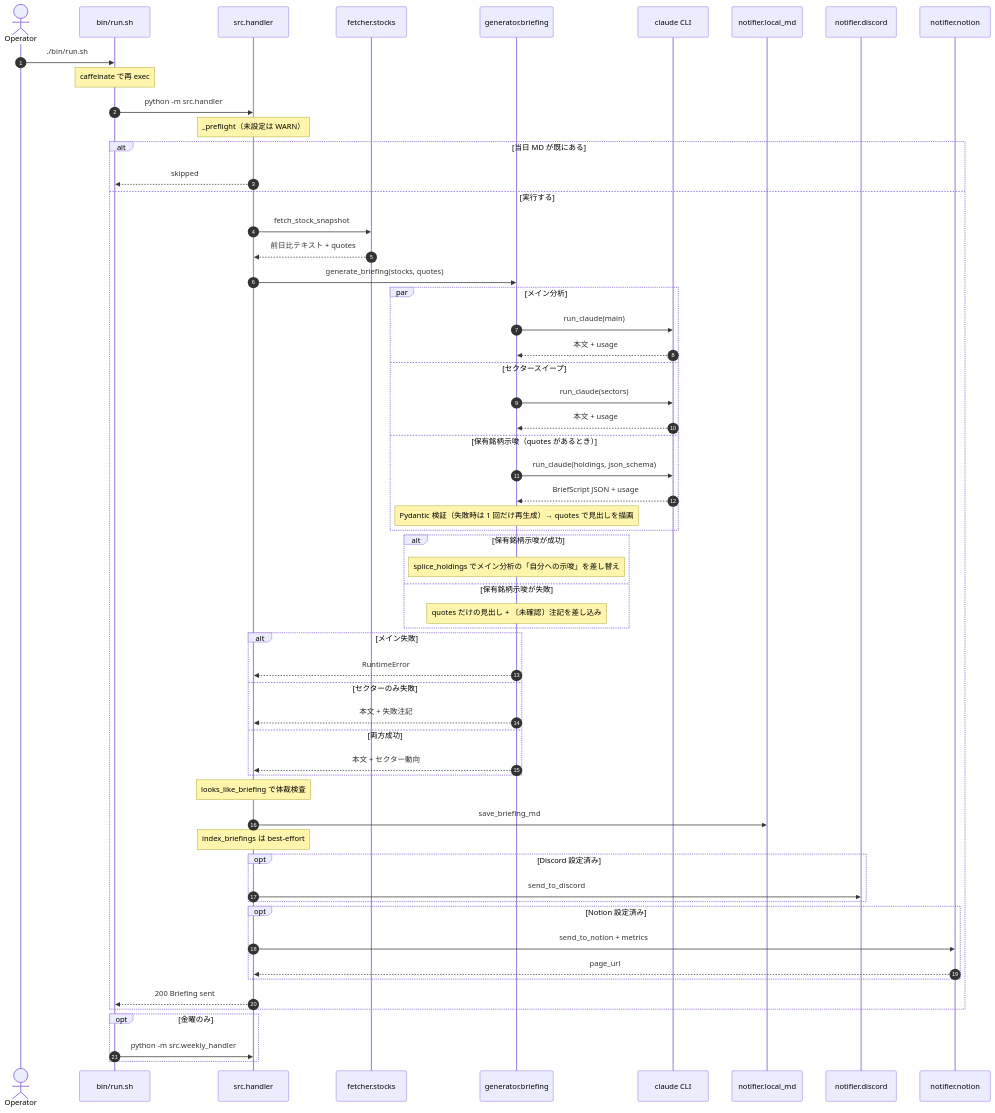
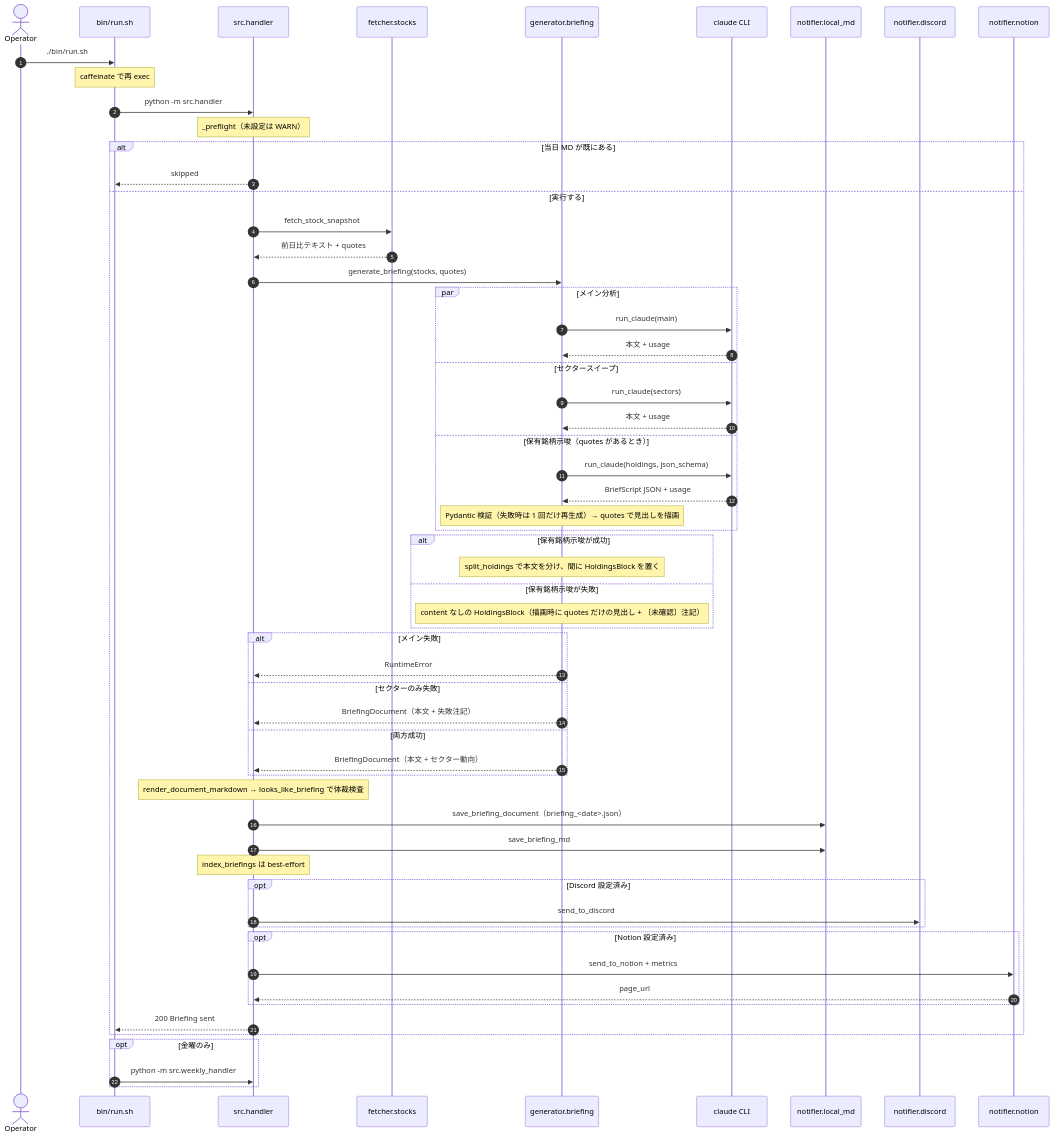
Before and after one commit to KazusaNakagawa/ai-agent-cli: the first of 6 diagrams in docs/sequence-diagrams.md, drawn with Mermaid. The commit also changed other lines of this file and 16 other files, not shown here.

First line of the commit message:
feat: represent the whole briefing as a BriefingDocument IR

````diff
--- a/docs/sequence-diagrams.md
+++ b/docs/sequence-diagrams.md
@@ -25,69 +28,70 @@
 ```mermaid
 sequenceDiagram
     autonumber
     actor Op as Operator
     participant Sh as bin/run.sh
     participant H as src.handler
     participant YF as fetcher.stocks
     participant G as generator.briefing
     participant CLI as claude CLI
     participant MD as notifier.local_md
     participant DC as notifier.discord
     participant NT as notifier.notion
 
     Op->>Sh: ./bin/run.sh
     Note over Sh: caffeinate で再 exec
     Sh->>H: python -m src.handler
     Note over H: _preflight（未設定は WARN）
 
     alt 当日 MD が既にある
         H-->>Sh: skipped
     else 実行する
         H->>YF: fetch_stock_snapshot
         YF-->>H: 前日比テキスト + quotes
         H->>G: generate_briefing(stocks, quotes)
 
         par メイン分析
             G->>CLI: run_claude(main)
             CLI-->>G: 本文 + usage
         and セクタースイープ
             G->>CLI: run_claude(sectors)
             CLI-->>G: 本文 + usage
         and 保有銘柄示唆（quotes があるとき）
             G->>CLI: run_claude(holdings, json_schema)
             CLI-->>G: BriefScript JSON + usage
             Note over G: Pydantic 検証（失敗時は 1 回だけ再生成）→ quotes で見出しを描画
         end
 
         alt 保有銘柄示唆が成功
-            Note over G: splice_holdings でメイン分析の「自分への示唆」を差し替え
+            Note over G: split_holdings で本文を分け、間に HoldingsBlock を置く
         else 保有銘柄示唆が失敗
-            Note over G: quotes だけの見出し + 〔未確認〕注記を差し込み
+            Note over G: content なしの HoldingsBlock（描画時に quotes だけの見出し + 〔未確認〕注記）
         end
 
         alt メイン失敗
             G-->>H: RuntimeError
         else セクターのみ失敗
-            G-->>H: 本文 + 失敗注記
+            G-->>H: BriefingDocument（本文 + 失敗注記）
         else 両方成功
-            G-->>H: 本文 + セクター動向
+            G-->>H: BriefingDocument（本文 + セクター動向）
         end
 
-        Note over H: looks_like_briefing で体裁検査
+        Note over H: render_document_markdown → looks_like_briefing で体裁検査
+        H->>MD: save_briefing_document（briefing_<date>.json）
         H->>MD: save_briefing_md
         Note over H: index_briefings は best-effort
 
         opt Discord 設定済み
             H->>DC: send_to_discord
         end
         opt Notion 設定済み
             H->>NT: send_to_notion + metrics
             NT-->>H: page_url
         end
         H-->>Sh: 200 Briefing sent
     end
 
     opt 金曜のみ
         Sh->>H: python -m src.weekly_handler
     end
 ```
````
